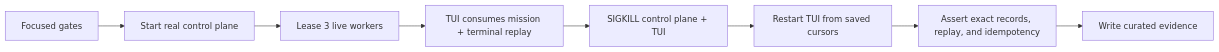
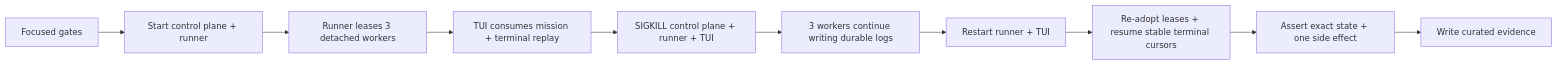
The diagram in docs/testing/2026-07-11-m1-crash-recovery/README.md (Volpestyle/clankie), drawn with Mermaid before and after one commit. The commit also changed other lines of this file and 17 other files, not shown here.

````diff
--- a/docs/testing/2026-07-11-m1-crash-recovery/README.md
+++ b/docs/testing/2026-07-11-m1-crash-recovery/README.md
@@ -28,10 +30,12 @@
 ```mermaid
 flowchart LR
-  G[Focused gates] --> E[Start real control plane]
-  E --> W[Lease 3 live workers]
+  G[Focused gates] --> E[Start control plane + runner]
+  E --> W[Runner leases 3 detached workers]
   W --> C[TUI consumes mission + terminal replay]
-  C --> K[SIGKILL control plane + TUI]
-  K --> R[Restart TUI from saved cursors]
-  R --> A[Assert exact records, replay, and idempotency]
-  A --> P[Write curated evidence]
+  C --> K[SIGKILL control plane + runner + TUI]
+  K --> L[3 workers continue writing durable logs]
+  L --> R[Restart runner + TUI]
+  R --> A[Re-adopt leases + resume stable terminal cursors]
+  A --> I[Assert exact state + one side effect]
+  I --> P[Write curated evidence]
 ```
````
